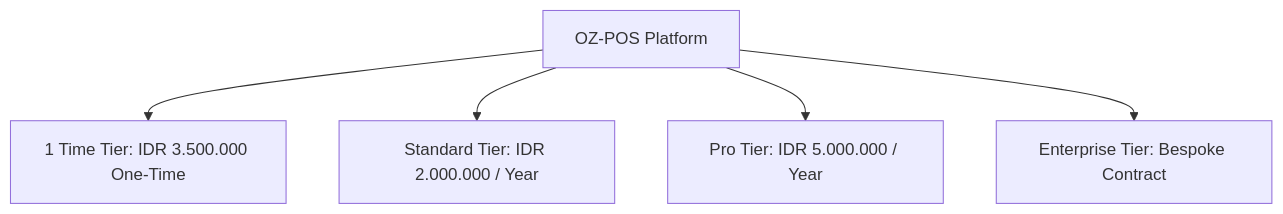
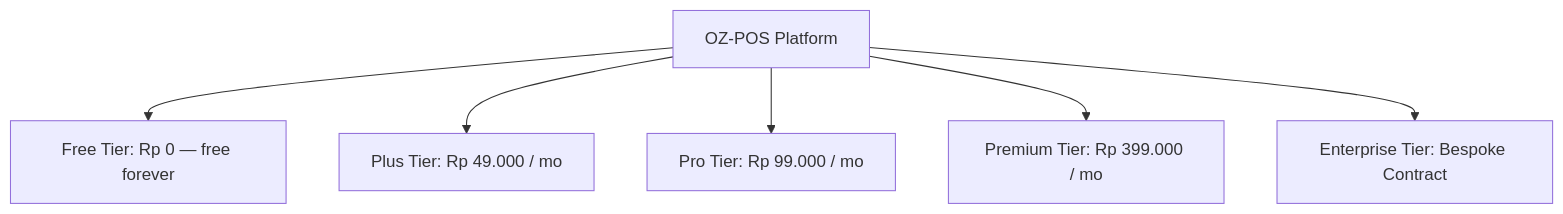
The first of 2 diagrams in docs/BUSINESS_PLAN.md (kardelitaitu/oz-pos), drawn with Mermaid before and after one commit. The commit also changed other lines of this file and 3 other files, not shown here.

````diff
--- a/docs/BUSINESS_PLAN.md
+++ b/docs/BUSINESS_PLAN.md
@@ -27,7 +25,8 @@
 ```mermaid
 graph TD
-    A[OZ-POS Platform] --> B[1 Time Tier: IDR 3.500.000 One-Time]
-    A --> C[Standard Tier: IDR 2.000.000 / Year]
-    A --> D[Pro Tier: IDR 5.000.000 / Year]
-    A --> E[Enterprise Tier: Bespoke Contract]
+    A[OZ-POS Platform] --> B[Free Tier: Rp 0 — free forever]
+    A --> C[Plus Tier: Rp 49.000 / mo]
+    A --> D[Pro Tier: Rp 99.000 / mo]
+    A --> E[Premium Tier: Rp 399.000 / mo]
+    A --> F[Enterprise Tier: Bespoke Contract]
 ```
````
